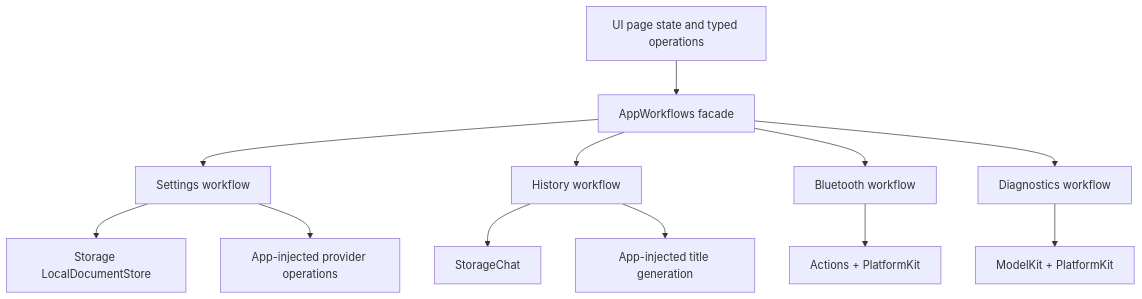
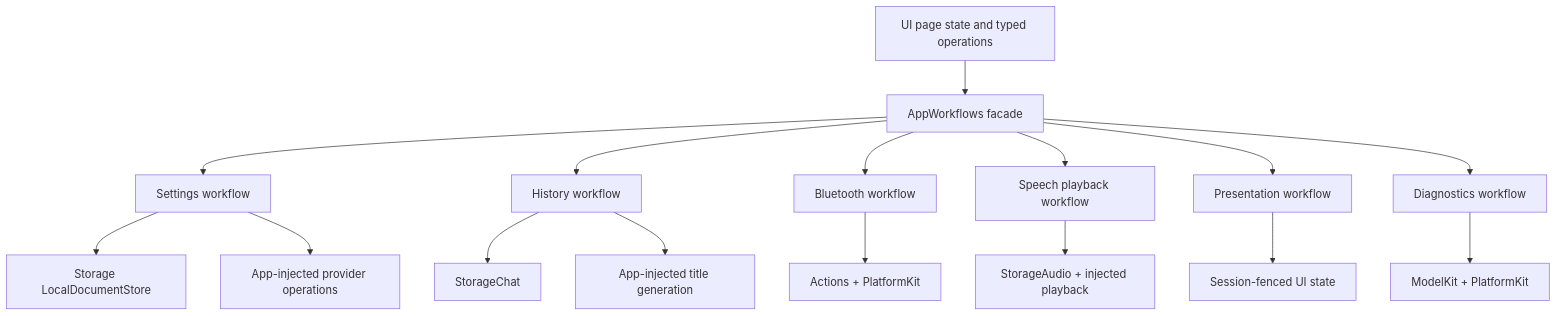
Before and after one commit to devilyouwei/MobileHarness: diagram 12 of 13 in MobileHarness/README.md, drawn with Mermaid. The commit also changed other lines of this file, not shown here.

Commit message:
docs: correct architecture flow semantics

````diff
--- a/MobileHarness/README.md
+++ b/MobileHarness/README.md
@@ -538,14 +545,18 @@
 ```mermaid
 flowchart TB
     UI[UI page state and typed operations] --> Facade[AppWorkflows facade]
     Facade --> Settings[Settings workflow]
     Facade --> History[History workflow]
     Facade --> Bluetooth[Bluetooth workflow]
+    Facade --> Speech[Speech playback workflow]
+    Facade --> Presentation[Presentation workflow]
     Facade --> Diagnostics[Diagnostics workflow]
     Settings --> Documents[Storage LocalDocumentStore]
     Settings --> Provider[App-injected provider operations]
     History --> Journal[StorageChat]
     History --> Title[App-injected title generation]
     Bluetooth --> Device[Actions + PlatformKit]
+    Speech --> Audio[StorageAudio + injected playback]
+    Presentation --> State[Session-fenced UI state]
     Diagnostics --> Capabilities[ModelKit + PlatformKit]
 ```
````
